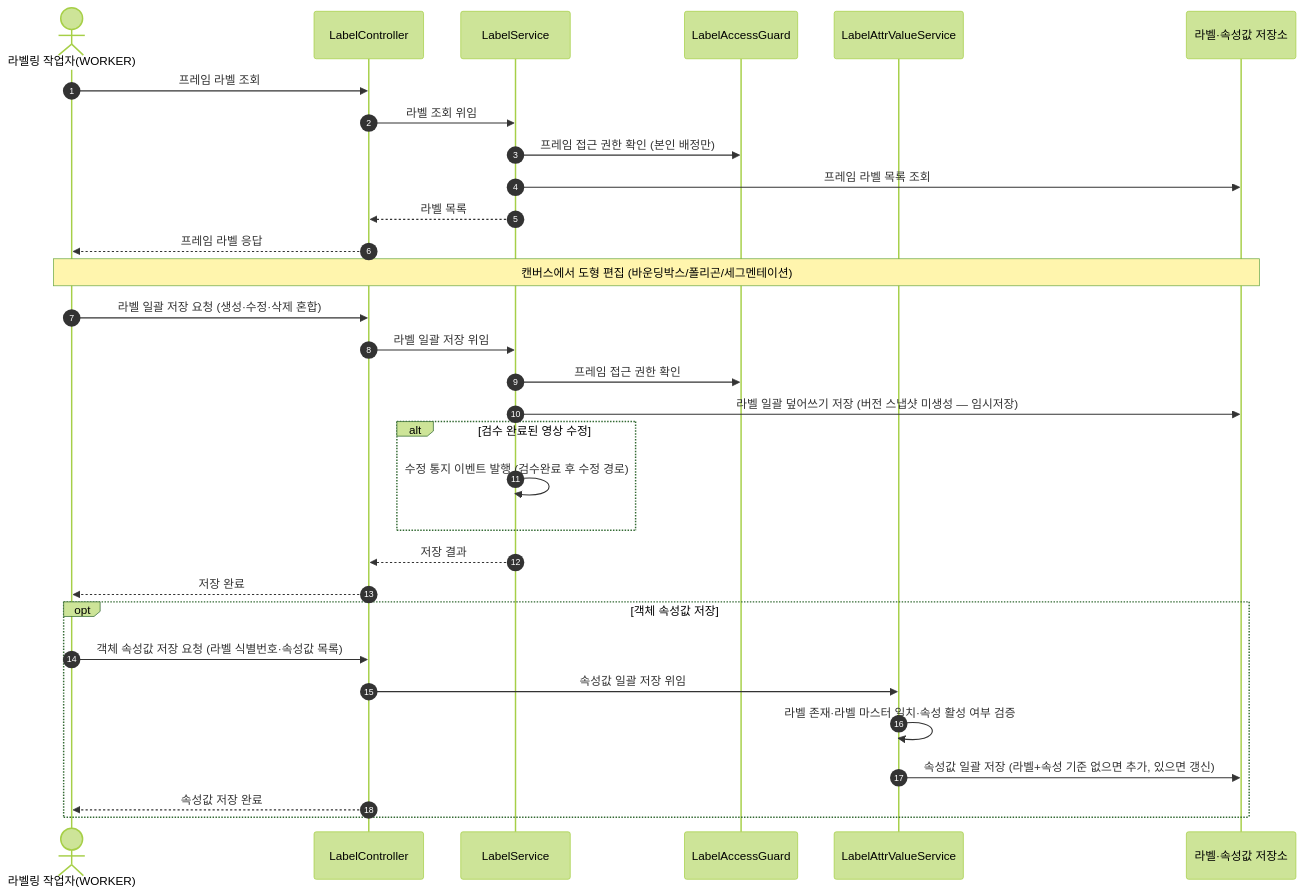
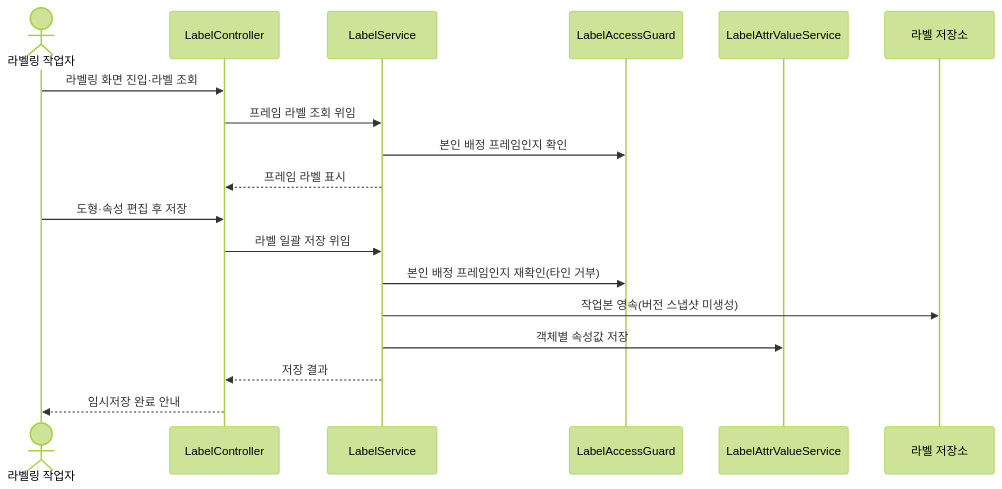
Diagram 16 of 36 in docs/design/D1-클래스설계서.md (New-stella/klid-label), drawn with Mermaid (forest theme) before and after one commit. The commit also changed other lines of this file and 7 other files, not shown here.

````diff
--- a/docs/design/D1-클래스설계서.md
+++ b/docs/design/D1-클래스설계서.md
@@ -808,33 +672,20 @@
 ```mermaid
 sequenceDiagram
-    autonumber
-    actor WK as 라벨링 작업자(WORKER)
-    participant LC as LabelController
-    participant LS as LabelService
-    participant AG as LabelAccessGuard
-    participant AVS as LabelAttrValueService
-    participant DB as 라벨·속성값 저장소
-    WK->>LC: 프레임 라벨 조회
-    LC->>LS: 라벨 조회 위임
-    LS->>AG: 프레임 접근 권한 확인 (본인 배정만)
-    LS->>DB: 프레임 라벨 목록 조회
-    LS-->>LC: 라벨 목록
-    LC-->>WK: 프레임 라벨 응답
-    Note over WK,DB: 캔버스에서 도형 편집 (바운딩박스/폴리곤/세그멘테이션)
-    WK->>LC: 라벨 일괄 저장 요청 (생성·수정·삭제 혼합)
-    LC->>LS: 라벨 일괄 저장 위임
-    LS->>AG: 프레임 접근 권한 확인
-    LS->>DB: 라벨 일괄 덮어쓰기 저장 (버전 스냅샷 미생성 — 임시저장)
-    alt 검수 완료된 영상 수정
-        LS->>LS: 수정 통지 이벤트 발행 (검수완료 후 수정 경로)
-    end
-    LS-->>LC: 저장 결과
-    LC-->>WK: 저장 완료
-    opt 객체 속성값 저장
-        WK->>LC: 객체 속성값 저장 요청 (라벨 식별번호·속성값 목록)
-        LC->>AVS: 속성값 일괄 저장 위임
-        AVS->>AVS: 라벨 존재·라벨 마스터 일치·속성 활성 여부 검증
-        AVS->>DB: 속성값 일괄 저장 (라벨+속성 기준 없으면 추가, 있으면 갱신)
-        LC-->>WK: 속성값 저장 완료
-    end
+    actor WORKER as 라벨링 작업자
+    participant C as LabelController
+    participant S as LabelService
+    participant G as LabelAccessGuard
+    participant AV as LabelAttrValueService
+    participant L as 라벨 저장소
+    WORKER->>C: 라벨링 화면 진입·라벨 조회
+    C->>S: 프레임 라벨 조회 위임
+    S->>G: 본인 배정 프레임인지 확인
+    S-->>C: 프레임 라벨 표시
+    WORKER->>C: 도형·속성 편집 후 저장
+    C->>S: 라벨 일괄 저장 위임
+    S->>G: 본인 배정 프레임인지 재확인(타인 거부)
+    S->>L: 작업본 영속(버전 스냅샷 미생성)
+    S->>AV: 객체별 속성값 저장
+    S-->>C: 저장 결과
+    C-->>WORKER: 임시저장 완료 안내
 ```
````
